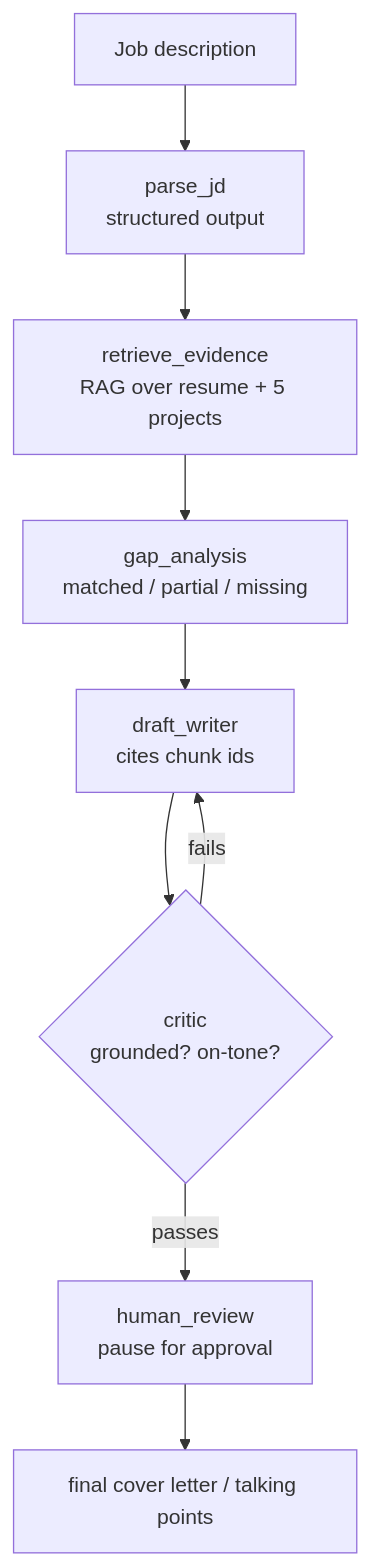
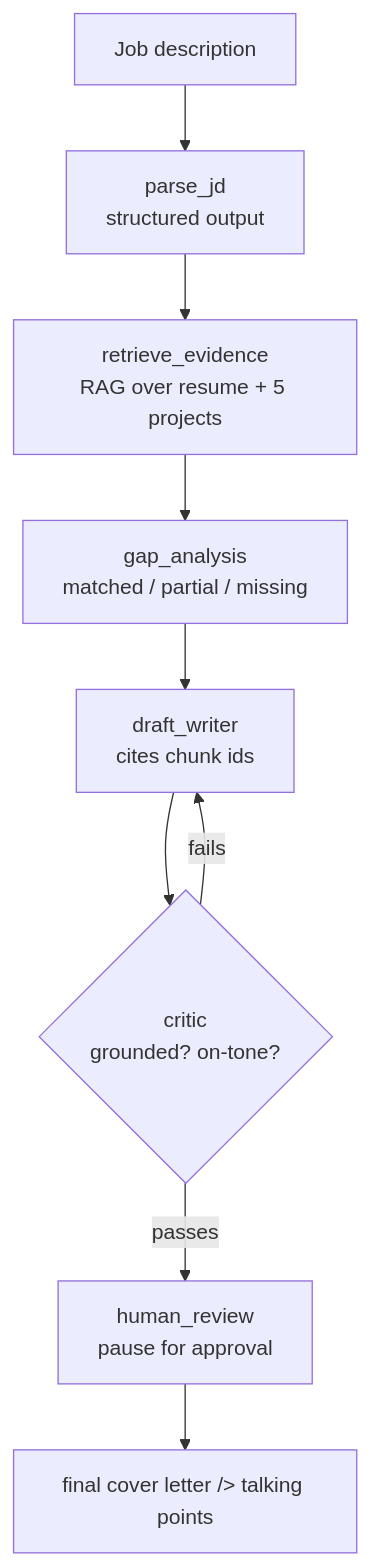
The second of 2 diagrams in README.md (momo840505/career-copilot-agent), drawn with Mermaid before and after one commit.

Commit message:
Fix README formatting around the cover letter section

````diff
--- a/README.md
+++ b/README.md
@@ -152,11 +152,11 @@
 ```mermaid
 flowchart TB
     A["Job description"] --> B["parse_jd<br/>structured output"]
     B --> C["retrieve_evidence<br/>RAG over resume + 5 projects"]
     C --> D["gap_analysis<br/>matched / partial / missing"]
     D --> E["draft_writer<br/>cites chunk ids"]
     E --> F{"critic<br/>grounded? on-tone?"}
     F -- fails --> E
     F -- passes --> G["human_review<br/>pause for approval"]
-    G --> H["final cover letter / talking points"]
+    G --> H["final cover letter /> talking points"]
 ```
````
